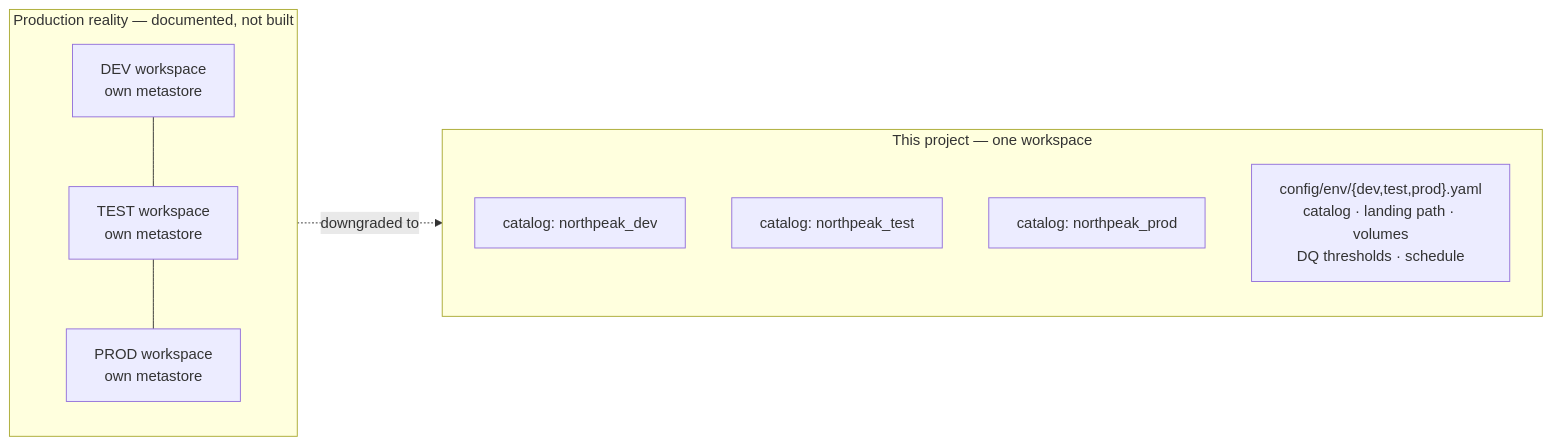
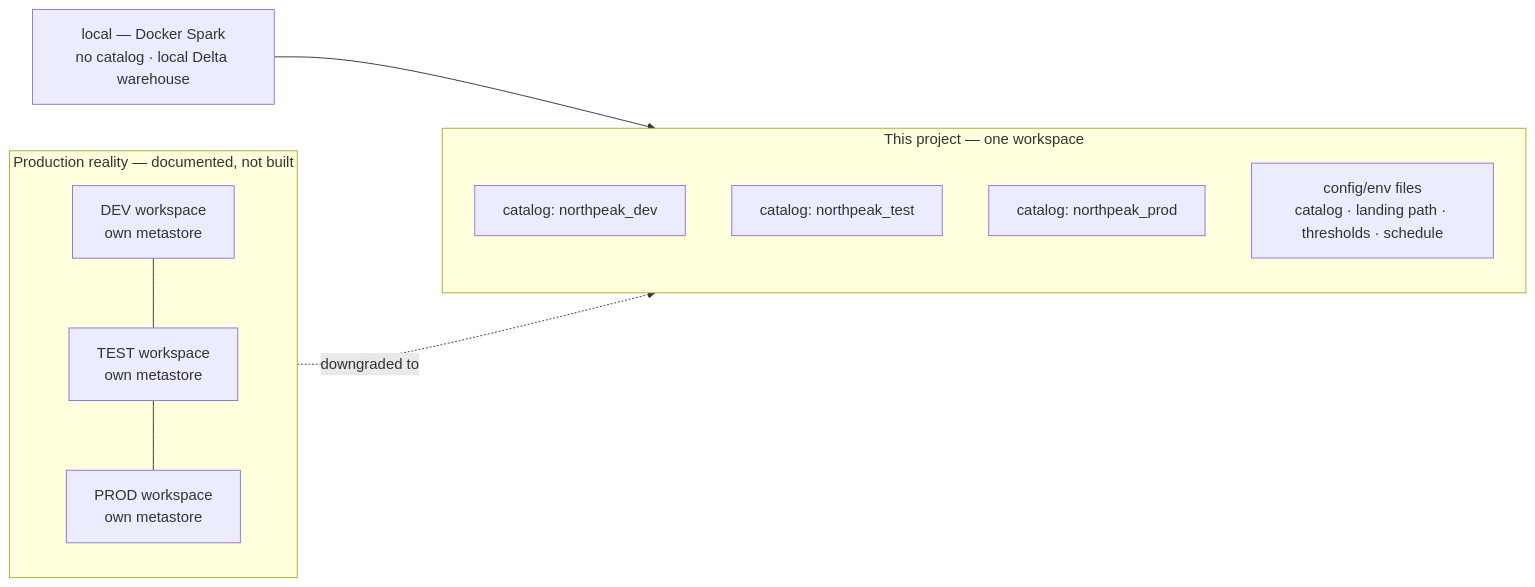
The seventh of 7 diagrams in docs/ARCHITECTURE.md (Sohailtanveer1/enterprise-lakehouse-on-databricks), drawn with Mermaid before and after one commit. The commit also changed other lines of this file and 5 other files, not shown here.

````diff
--- a/docs/ARCHITECTURE.md
+++ b/docs/ARCHITECTURE.md
@@ -414,15 +512,16 @@
 ```mermaid
 flowchart LR
     subgraph REAL["Production reality — documented, not built"]
         direction TB
         W1["DEV workspace<br/>own metastore"] --- W2["TEST workspace<br/>own metastore"] --- W3["PROD workspace<br/>own metastore"]
     end
     subgraph THIS["This project — one workspace"]
         direction TB
         C1["catalog: northpeak_dev"]
         C2["catalog: northpeak_test"]
         C3["catalog: northpeak_prod"]
-        CFGE["config/env/{dev,test,prod}.yaml<br/>catalog · landing path · volumes<br/>DQ thresholds · schedule"]
+        CFGE["config/env files<br/>catalog · landing path · thresholds · schedule"]
     end
+    LOCAL2["local — Docker Spark<br/>no catalog · local Delta warehouse"] --> THIS
     REAL -.->|"downgraded to"| THIS
 ```
````
